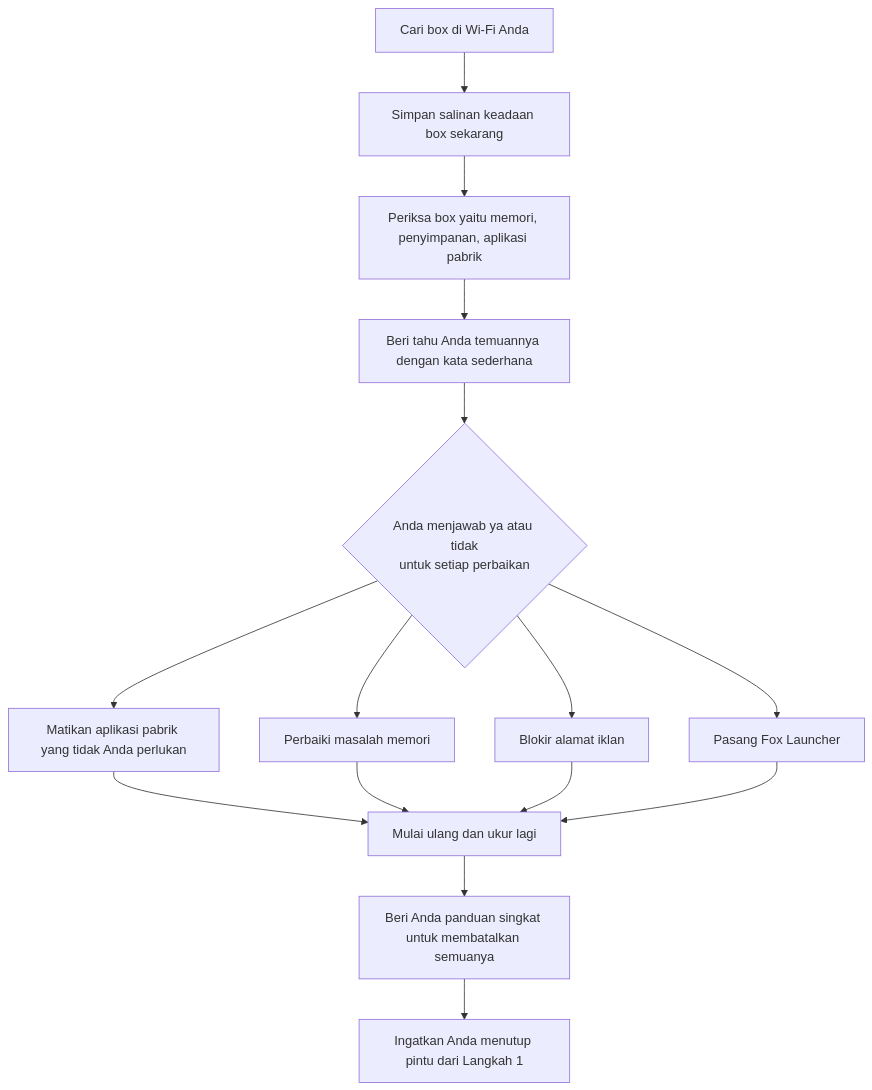
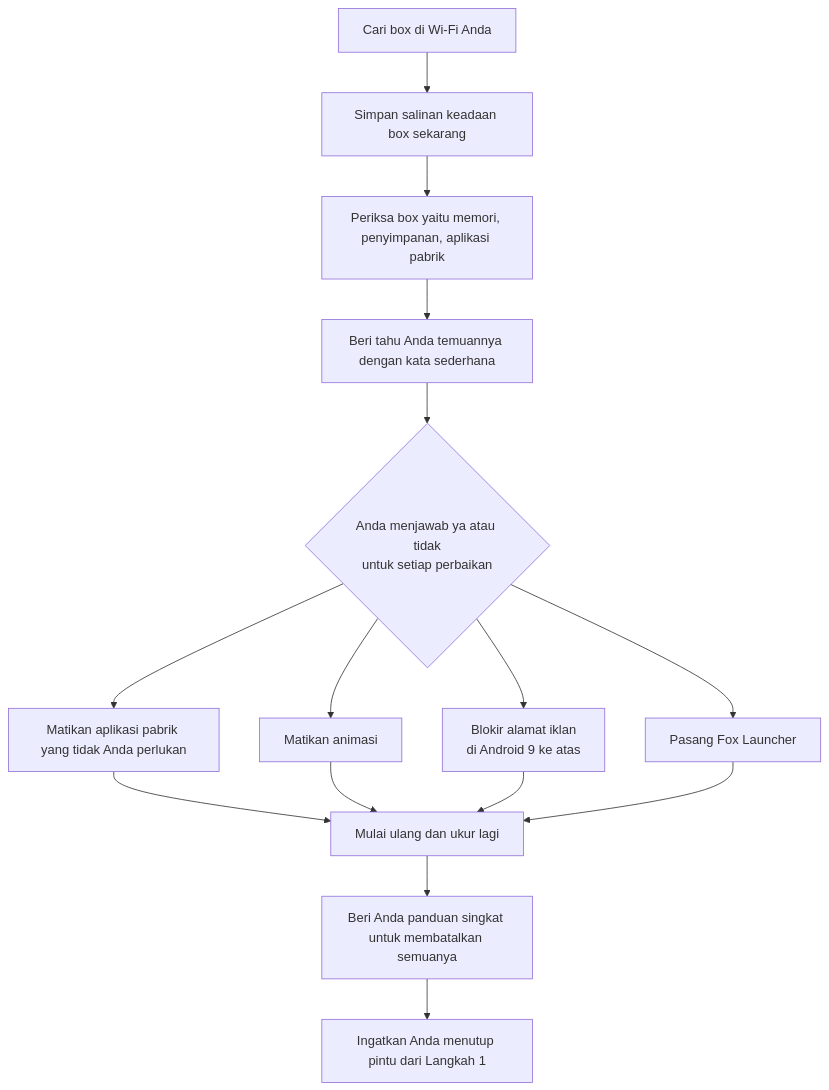
The diagram in docs/i18n/README.id.md (franco-valenzuela/fox-launcher-tvbox), drawn with Mermaid before and after one commit. The commit also changed other lines of this file and 19 other files, not shown here.

````diff
--- a/docs/i18n/README.id.md
+++ b/docs/i18n/README.id.md
@@ -82,17 +84,17 @@
 ```mermaid
 flowchart TD
     A[Cari box di Wi-Fi Anda] --> B[Simpan salinan keadaan box sekarang]
     B --> C[Periksa box yaitu memori, penyimpanan, aplikasi pabrik]
     C --> D[Beri tahu Anda temuannya dengan kata sederhana]
     D --> E{Anda menjawab ya atau tidak<br/>untuk setiap perbaikan}
     E --> F[Matikan aplikasi pabrik yang tidak Anda perlukan]
-    E --> G[Perbaiki masalah memori]
-    E --> H[Blokir alamat iklan]
+    E --> G[Matikan animasi]
+    E --> H[Blokir alamat iklan<br/>di Android 9 ke atas]
     E --> I[Pasang Fox Launcher]
     F --> J[Mulai ulang dan ukur lagi]
     G --> J
     H --> J
     I --> J
     J --> K[Beri Anda panduan singkat untuk membatalkan semuanya]
     K --> L[Ingatkan Anda menutup pintu dari Langkah 1]
 ```
````
